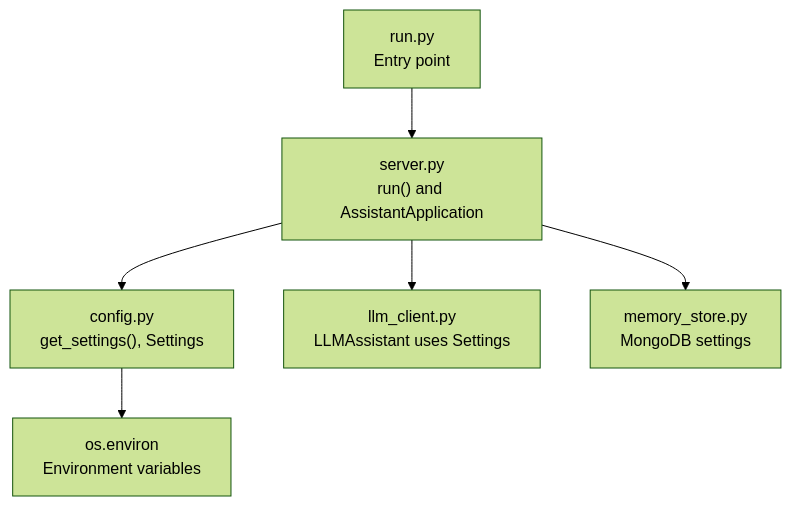
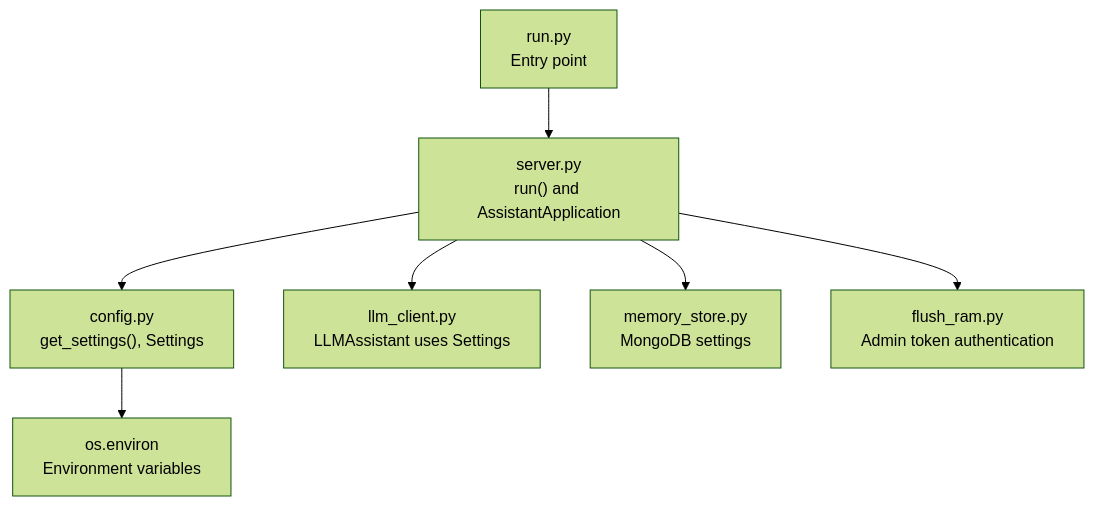
One commit to Sovetsky-Soyuz/AI-Assistant changed the first of 8 diagrams in .qoder/repowiki/en/content/Backend Components/Configuration and Settings Management.md. Above: the diagram before and after it, drawn with Mermaid (forest theme). The commit also changed other lines of this file and 15 other files, not shown here.

````diff
--- a/.qoder/repowiki/en/content/Backend Components/Configuration and Settings Management.md
+++ b/.qoder/repowiki/en/content/Backend Components/Configuration and Settings Management.md
@@ -33,8 +42,9 @@
 ```mermaid
 graph TB
 A["run.py<br/>Entry point"] --> B["server.py<br/>run() and AssistantApplication"]
 B --> C["config.py<br/>get_settings(), Settings"]
 C --> D["os.environ<br/>Environment variables"]
 B --> E["llm_client.py<br/>LLMAssistant uses Settings"]
 B --> F["memory_store.py<br/>MongoDB settings"]
+B --> G["flush_ram.py<br/>Admin token authentication"]
 ```
````
